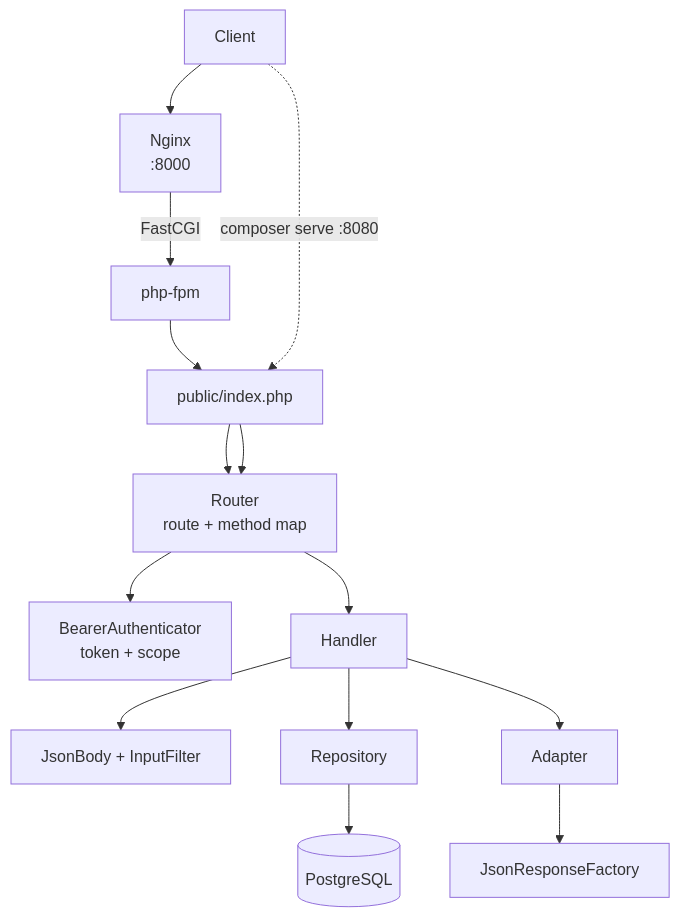
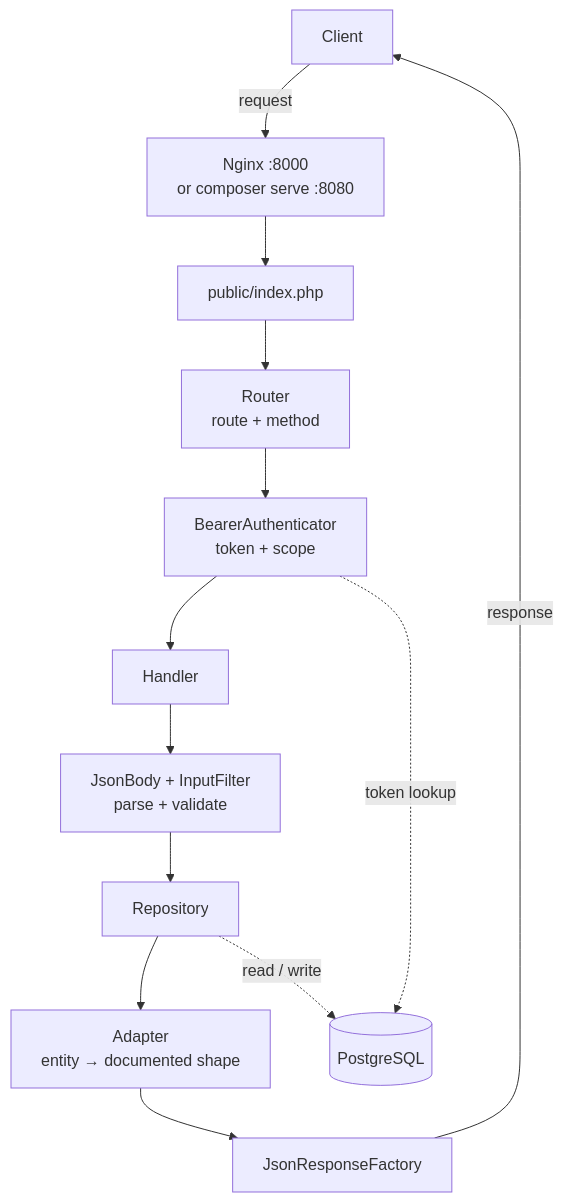
The diagram in README.md (blakesimpson-dev/laminas-api-sample), drawn with Mermaid before and after one commit. The commit also changed other lines of this file, not shown here.

````diff
--- a/README.md
+++ b/README.md
@@ -69,16 +65,16 @@
 ```mermaid
 flowchart TD
-    C[Client] --> N[Nginx<br/>:8000]
-    N -->|FastCGI| F[php-fpm]
-    F --> I[public/index.php]
-    C -.->|composer serve :8080| I
-    I --> R[Router<br/>route + method map]
-    I --> R[Router<br/>route + method map]
+    C[Client] --> |request| N[Nginx :8000<br/>or composer serve :8080]
+    N --> I[public/index.php]
+    I --> R[Router<br/>route + method]
     R --> Au[BearerAuthenticator<br/>token + scope]
-    R --> H[Handler]
-    H --> V[JsonBody + InputFilter]
-    H --> Rp[Repository]
-    H --> A[Adapter]
-    Rp --> D[(PostgreSQL)]
+    Au --> H[Handler]
+    H --> V[JsonBody + InputFilter<br/>parse + validate]
+    V --> Rp[Repository]
+    Rp --> A[Adapter<br/>entity → documented shape]
     A --> J[JsonResponseFactory]
+    J --> |response| C
+
+    Au -.->|token lookup| D[(PostgreSQL)]
+    Rp -.->|read / write| D
 ```
````
